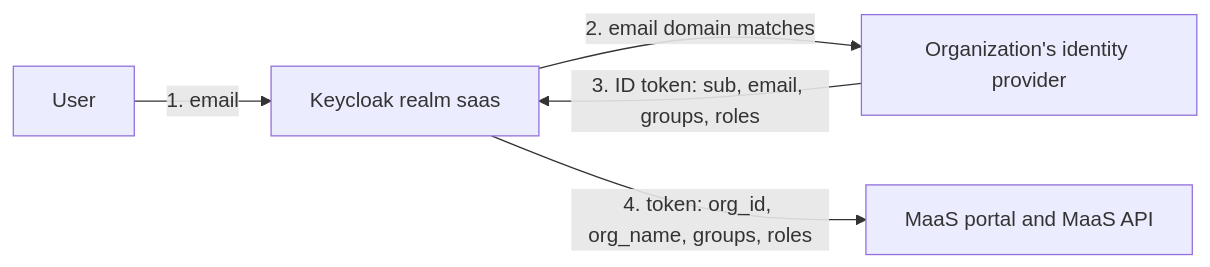
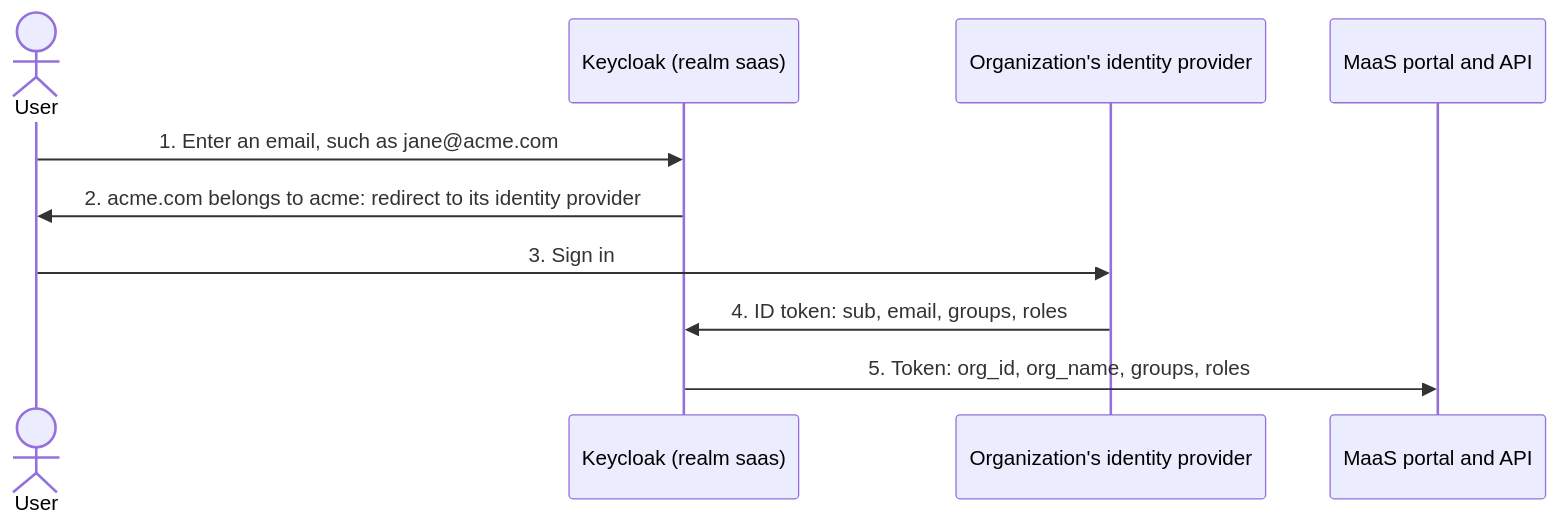
The diagram in docs/organization-identity-providers/README.md (DaoDaoNoCode/ai-grid-tenant), drawn with Mermaid before and after one commit.

Commit message:
docs: draw the sign-in flow as a sequence diagram, so its labels don't overlap

````diff
--- a/docs/organization-identity-providers/README.md
+++ b/docs/organization-identity-providers/README.md
@@ -8,7 +8,12 @@
 ```mermaid
-flowchart LR
-    U[User] -->|1. email| KC[Keycloak realm saas]
-    KC -->|2. email domain matches| IDP[Organization's identity provider]
-    IDP -->|3. ID token: sub, email, groups, roles| KC
-    KC -->|4. token: org_id, org_name, groups, roles| P[MaaS portal and MaaS API]
+sequenceDiagram
+    actor User
+    participant KC as Keycloak (realm saas)
+    participant IdP as Organization's identity provider
+    participant MaaS as MaaS portal and API
+    User->>KC: 1. Enter an email, such as jane@acme.com
+    KC->>User: 2. acme.com belongs to acme: redirect to its identity provider
+    User->>IdP: 3. Sign in
+    IdP->>KC: 4. ID token: sub, email, groups, roles
+    KC->>MaaS: 5. Token: org_id, org_name, groups, roles
 ```
````
